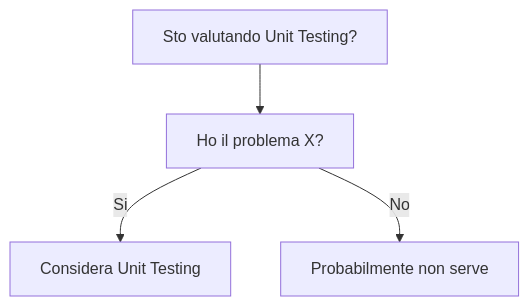
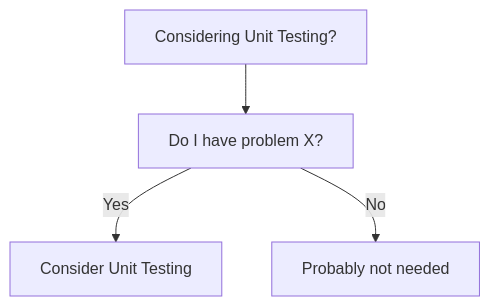
Before and after one commit to HxT9/Software-Dev-Wiki: the diagram in dev-wiki/09_Testing/Unit_Testing/When_To_Use.md, drawn with Mermaid. The commit also changed other lines of this file and 3444 other files, not shown here.

````diff
--- a/dev-wiki/09_Testing/Unit_Testing/When_To_Use.md
+++ b/dev-wiki/09_Testing/Unit_Testing/When_To_Use.md
@@ -19,6 +19,6 @@
 ```mermaid
 flowchart TD
-  Q[Sto valutando Unit Testing?] --> Q1[Ho il problema X?]
-  Q1 -->|Si| OK[Considera Unit Testing]
-  Q1 -->|No| NO[Probabilmente non serve]
+  Q[Considering Unit Testing?] --> Q1[Do I have problem X?]
+  Q1 -->|Yes| OK[Consider Unit Testing]
+  Q1 -->|No| NO[Probably not needed]
 ```
````
